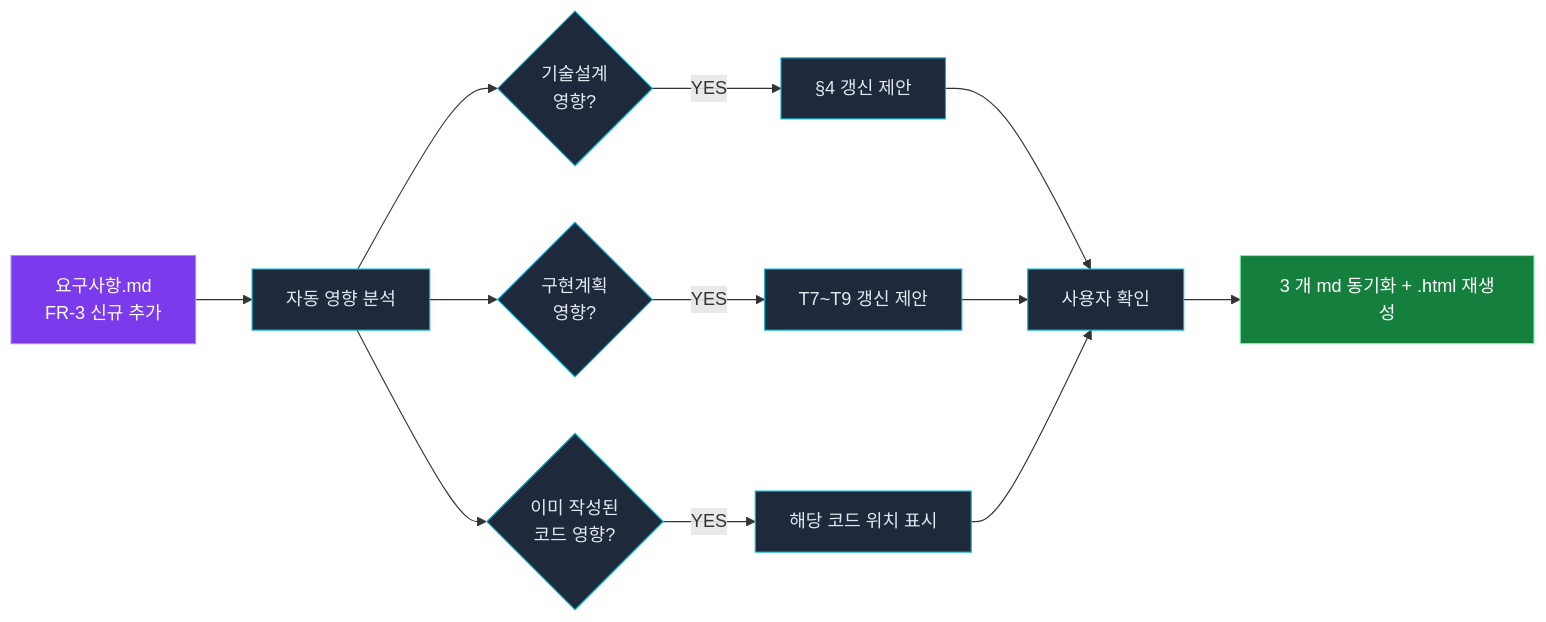
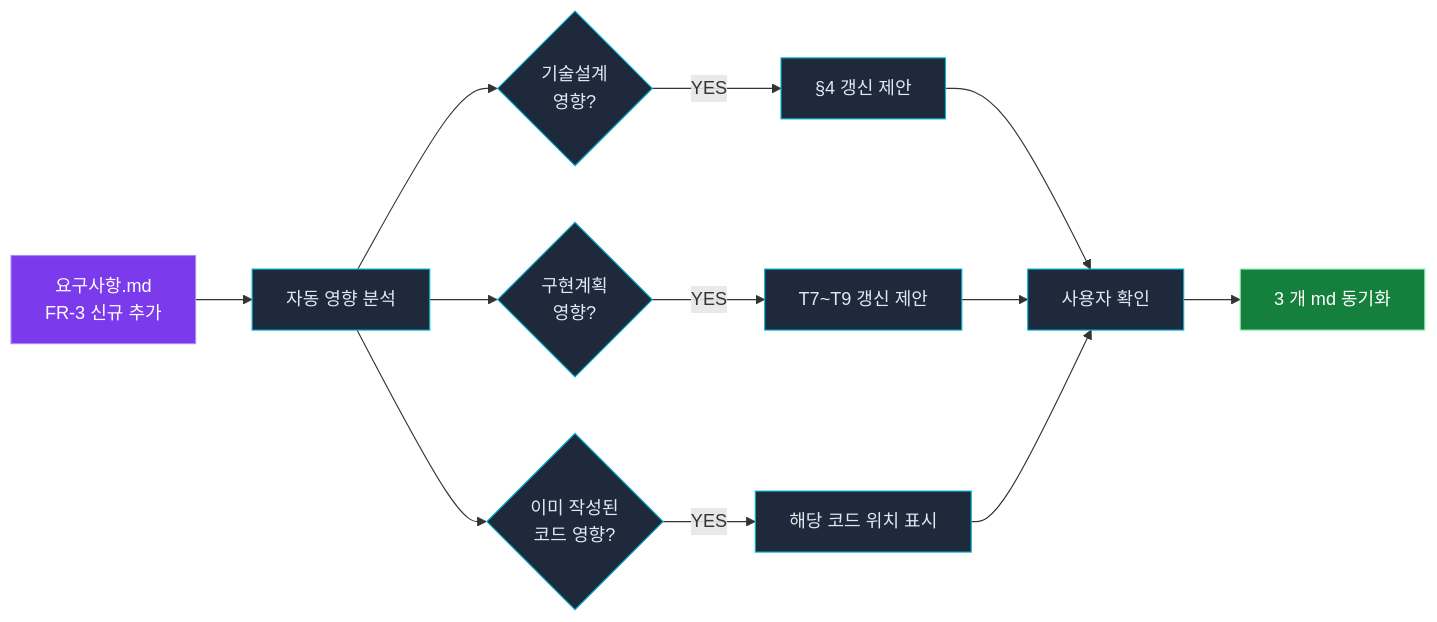
Before and after one commit to LonerStayle/js-super: the fourth of 7 diagrams in README.md, drawn with Mermaid. The commit also changed other lines of this file and 37 other files, not shown here.

````diff
--- a/README.md
+++ b/README.md
@@ -226,18 +224,18 @@
 ```mermaid
 flowchart LR
     classDef in fill:#7c3aed,stroke:#a78bfa,color:#fff
     classDef sub fill:#1e293b,stroke:#06b6d4,color:#e2e8f0
     classDef out fill:#15803d,stroke:#86efac,color:#fff
 
     A["요구사항.md<br/>FR-3 신규 추가"]:::in --> B[자동 영향 분석]:::sub
     B --> C{"기술설계<br/>영향?"}:::sub
     B --> D{"구현계획<br/>영향?"}:::sub
     B --> E{"이미 작성된<br/>코드 영향?"}:::sub
     C -->|YES| F["§4 갱신 제안"]:::sub
     D -->|YES| G["T7~T9 갱신 제안"]:::sub
     E -->|YES| H["해당 코드 위치 표시"]:::sub
     F --> I[사용자 확인]:::sub
     G --> I
     H --> I
-    I --> J["3 개 md 동기화 + .html 재생성"]:::out
+    I --> J["3 개 md 동기화"]:::out
 ```
````
